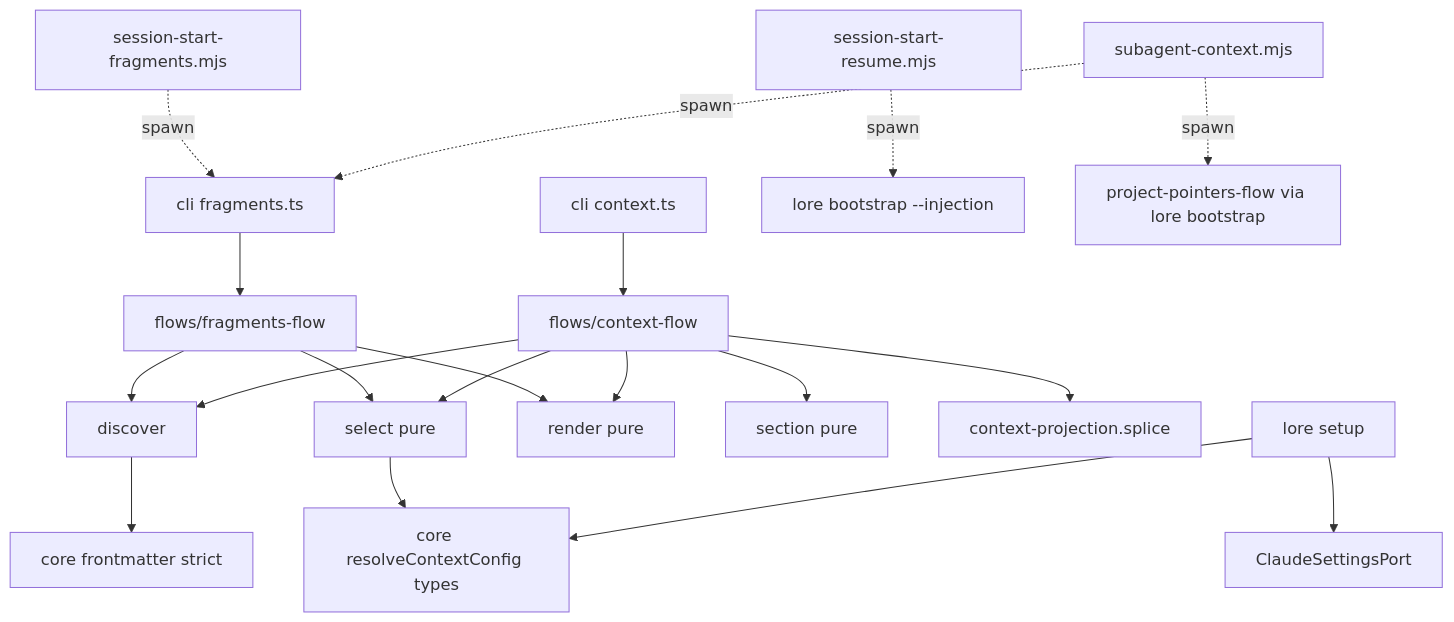
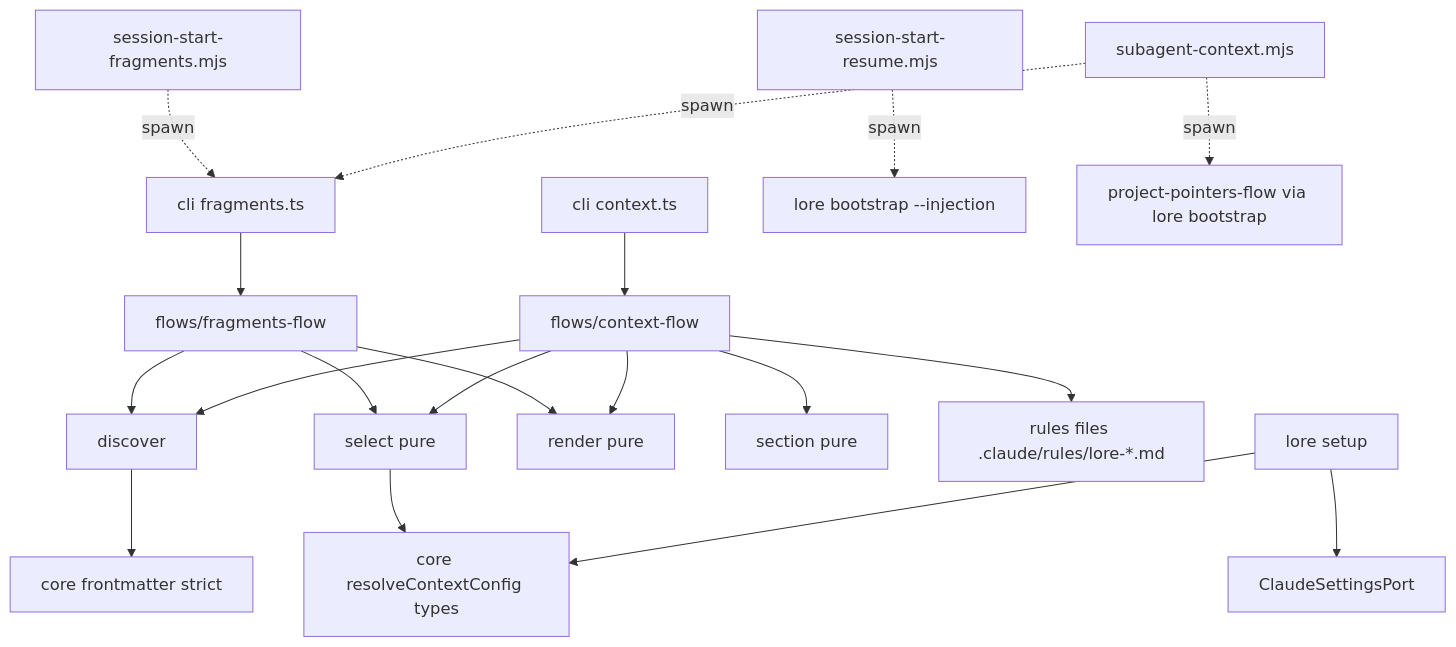
The diagram in docs/requirements/spec/SPEC-155-context-fragments-config-driven-layered-rule-injec.md (daniel1zz/lore), drawn with Mermaid before and after one commit. The commit also changed other lines of this file and 992 other files, not shown here.

````diff
--- a/docs/requirements/spec/SPEC-155-context-fragments-config-driven-layered-rule-injec.md
+++ b/docs/requirements/spec/SPEC-155-context-fragments-config-driven-layered-rule-injec.md
@@ -111,21 +111,21 @@
 ```mermaid
 graph TD
   CLIF[cli fragments.ts] --> FF[flows/fragments-flow]
   CLIC[cli context.ts] --> CF[flows/context-flow]
   FF --> D[discover]
   FF --> S[select pure]
   FF --> R[render pure]
   CF --> D
   CF --> S
   CF --> R
   CF --> SEC[section pure]
-  CF --> SP[context-projection.splice]
+  CF --> RF[rules files .claude/rules/lore-*.md]
   S --> RC[core resolveContextConfig types]
   D --> FM[core frontmatter strict]
   HookSF[session-start-fragments.mjs] -. spawn .-> CLIF
   HookSS[session-start-resume.mjs] -. spawn .-> BOOT[lore bootstrap --injection]
   HookSA[subagent-context.mjs] -. spawn .-> CLIF
   HookSA -. spawn .-> PP[project-pointers-flow via lore bootstrap]
   Setup[lore setup] --> RC
   Setup --> CSP[ClaudeSettingsPort]
 ```
````
